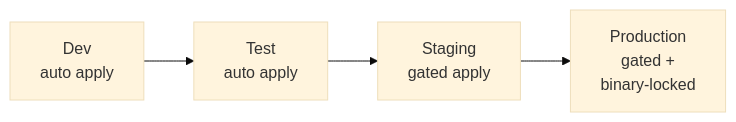
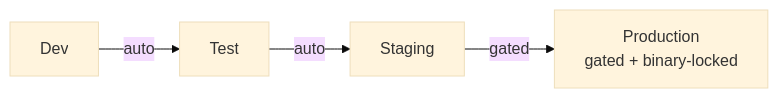
Before and after one commit to brunodasilvalenga/brunodasilvalenga.com: the first of 2 diagrams in src/posts/plan-binary-across-gate-four-environment-terraform-pipeline.md, drawn with Mermaid (base theme). The commit also changed other lines of this file and 2 other files, not shown here.

First line of the commit message:
Fix Mermaid diagrams sizing

````diff
--- a/src/posts/plan-binary-across-gate-four-environment-terraform-pipeline.md
+++ b/src/posts/plan-binary-across-gate-four-environment-terraform-pipeline.md
@@ -22,4 +22,4 @@
 ```mermaid
 flowchart LR
-    A[Dev<br/>auto apply] --> B[Test<br/>auto apply] --> C[Staging<br/>gated apply] --> D[Production<br/>gated +<br/>binary-locked]
+    Dev[Dev] -- auto --> Test[Test] -- auto --> Staging[Staging] -- gated --> Prod[Production<br/>gated + binary-locked]
 ```
````
